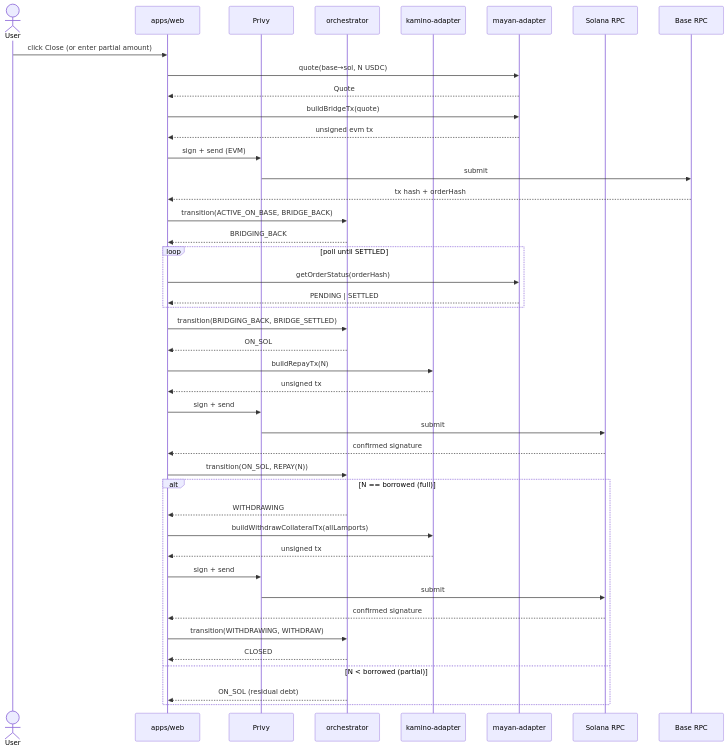
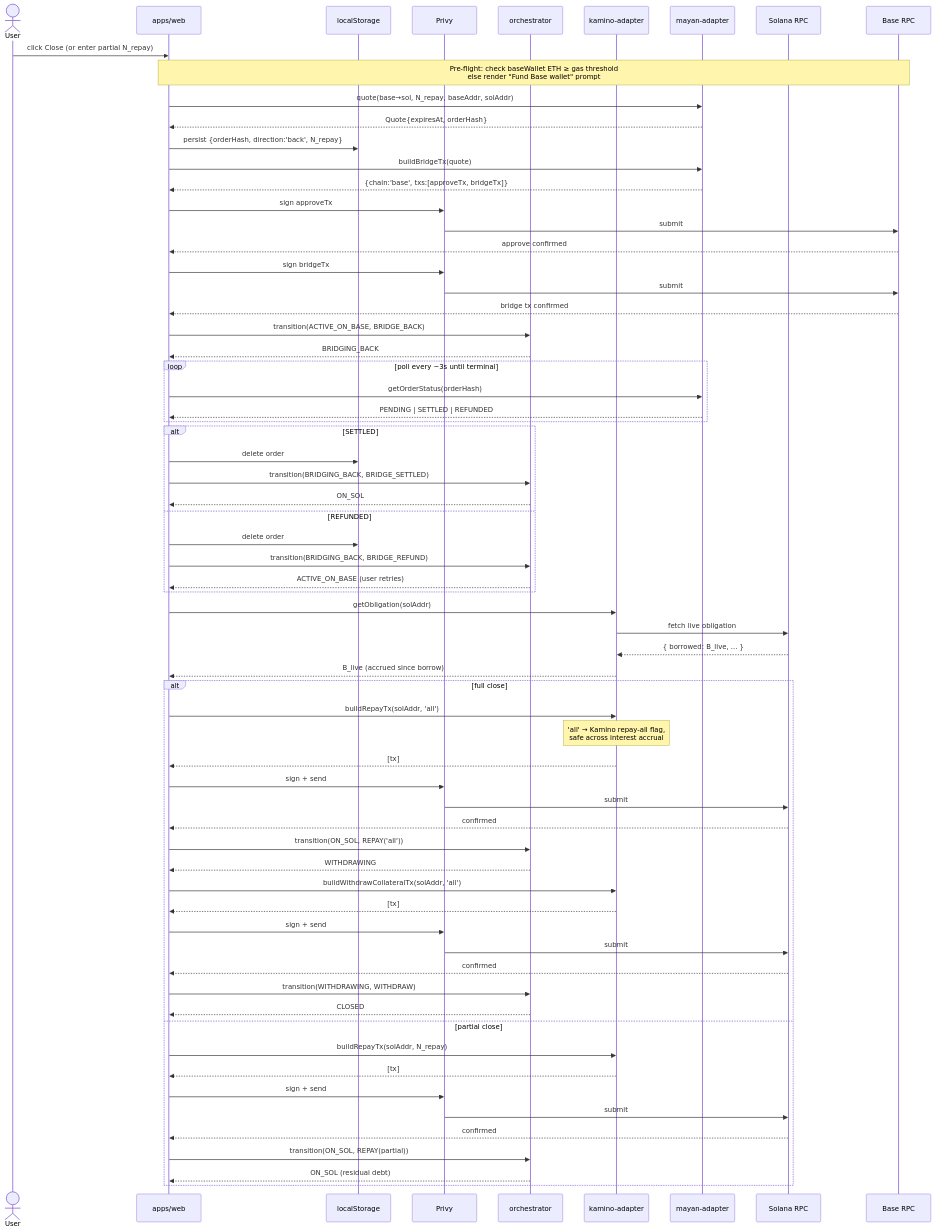
One commit to Milerius/kast-project changed the fifth of 7 diagrams in docs/ARCHITECTURE.md. Above: the diagram before and after it, drawn with Mermaid. The commit also changed other lines of this file and 1 other file, not shown here.

````diff
--- a/docs/ARCHITECTURE.md
+++ b/docs/ARCHITECTURE.md
@@ -196,49 +217,76 @@
 ```mermaid
 sequenceDiagram
     actor User
     participant UI as apps/web
+    participant LS as localStorage
     participant P as Privy
     participant O as orchestrator
     participant K as kamino-adapter
     participant M as mayan-adapter
     participant SOL as Solana RPC
     participant BASE as Base RPC
 
-    User->>UI: click Close (or enter partial amount)
-    UI->>M: quote(base→sol, N USDC)
-    M-->>UI: Quote
+    User->>UI: click Close (or enter partial N_repay)
+    Note over UI,BASE: Pre-flight: check baseWallet ETH ≥ gas threshold<br/>else render "Fund Base wallet" prompt
+
+    UI->>M: quote(base→sol, N_repay, baseAddr, solAddr)
+    M-->>UI: Quote{expiresAt, orderHash}
+    UI->>LS: persist {orderHash, direction:'back', N_repay}
     UI->>M: buildBridgeTx(quote)
-    M-->>UI: unsigned evm tx
-    UI->>P: sign + send (EVM)
+    M-->>UI: {chain:'base', txs:[approveTx, bridgeTx]}
+
+    UI->>P: sign approveTx
     P->>BASE: submit
-    BASE-->>UI: tx hash + orderHash
+    BASE-->>UI: approve confirmed
+    UI->>P: sign bridgeTx
+    P->>BASE: submit
+    BASE-->>UI: bridge tx confirmed
     UI->>O: transition(ACTIVE_ON_BASE, BRIDGE_BACK)
     O-->>UI: BRIDGING_BACK
 
-    loop poll until SETTLED
+    loop poll every ~3s until terminal
         UI->>M: getOrderStatus(orderHash)
-        M-->>UI: PENDING | SETTLED
+        M-->>UI: PENDING | SETTLED | REFUNDED
     end
-    UI->>O: transition(BRIDGING_BACK, BRIDGE_SETTLED)
-    O-->>UI: ON_SOL
+    alt SETTLED
+        UI->>LS: delete order
+        UI->>O: transition(BRIDGING_BACK, BRIDGE_SETTLED)
+        O-->>UI: ON_SOL
+    else REFUNDED
+        UI->>LS: delete order
+        UI->>O: transition(BRIDGING_BACK, BRIDGE_REFUND)
+        O-->>UI: ACTIVE_ON_BASE (user retries)
+    end
 
-    UI->>K: buildRepayTx(N)
-    K-->>UI: unsigned tx
-    UI->>P: sign + send
-    P->>SOL: submit
-    SOL-->>UI: confirmed signature
+    UI->>K: getObligation(solAddr)
+    K->>SOL: fetch live obligation
+    SOL-->>K: { borrowed: B_live, ... }
+    K-->>UI: B_live (accrued since borrow)
 
-    UI->>O: transition(ON_SOL, REPAY(N))
-    alt N == borrowed (full)
-        O-->>UI: WITHDRAWING
-        UI->>K: buildWithdrawCollateralTx(allLamports)
-        K-->>UI: unsigned tx
+    alt full close
+        UI->>K: buildRepayTx(solAddr, 'all')
+        Note over K: 'all' → Kamino repay-all flag,<br/>safe across interest accrual
+        K-->>UI: [tx]
         UI->>P: sign + send
         P->>SOL: submit
-        SOL-->>UI: confirmed signature
+        SOL-->>UI: confirmed
+        UI->>O: transition(ON_SOL, REPAY('all'))
+        O-->>UI: WITHDRAWING
+
+        UI->>K: buildWithdrawCollateralTx(solAddr, 'all')
+        K-->>UI: [tx]
+        UI->>P: sign + send
+        P->>SOL: submit
+        SOL-->>UI: confirmed
         UI->>O: transition(WITHDRAWING, WITHDRAW)
         O-->>UI: CLOSED
-    else N < borrowed (partial)
+    else partial close
+        UI->>K: buildRepayTx(solAddr, N_repay)
+        K-->>UI: [tx]
+        UI->>P: sign + send
+        P->>SOL: submit
+        SOL-->>UI: confirmed
+        UI->>O: transition(ON_SOL, REPAY(partial))
         O-->>UI: ON_SOL (residual debt)
     end
 ```
````
